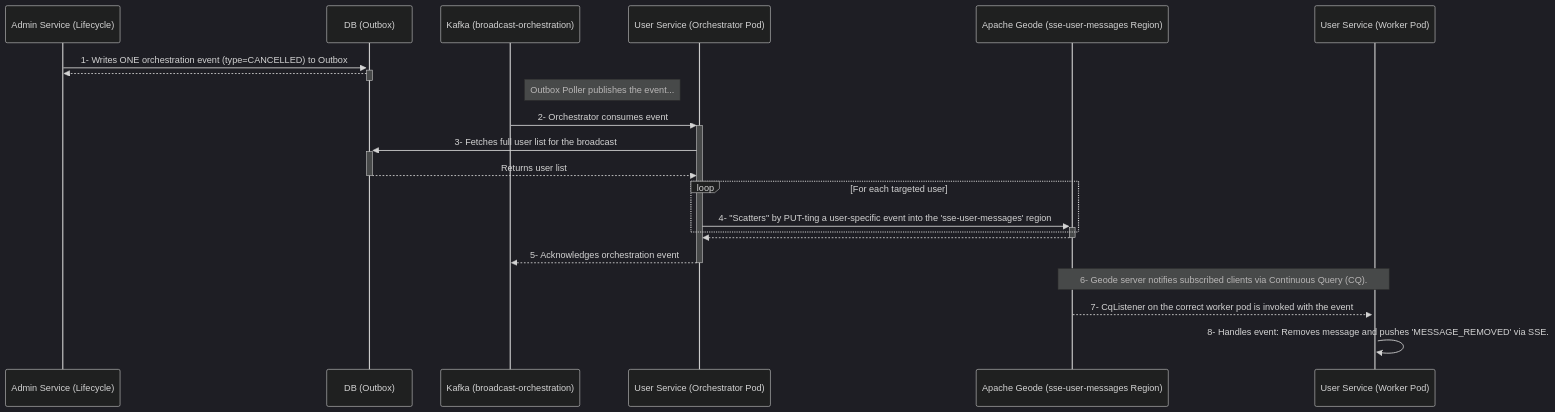
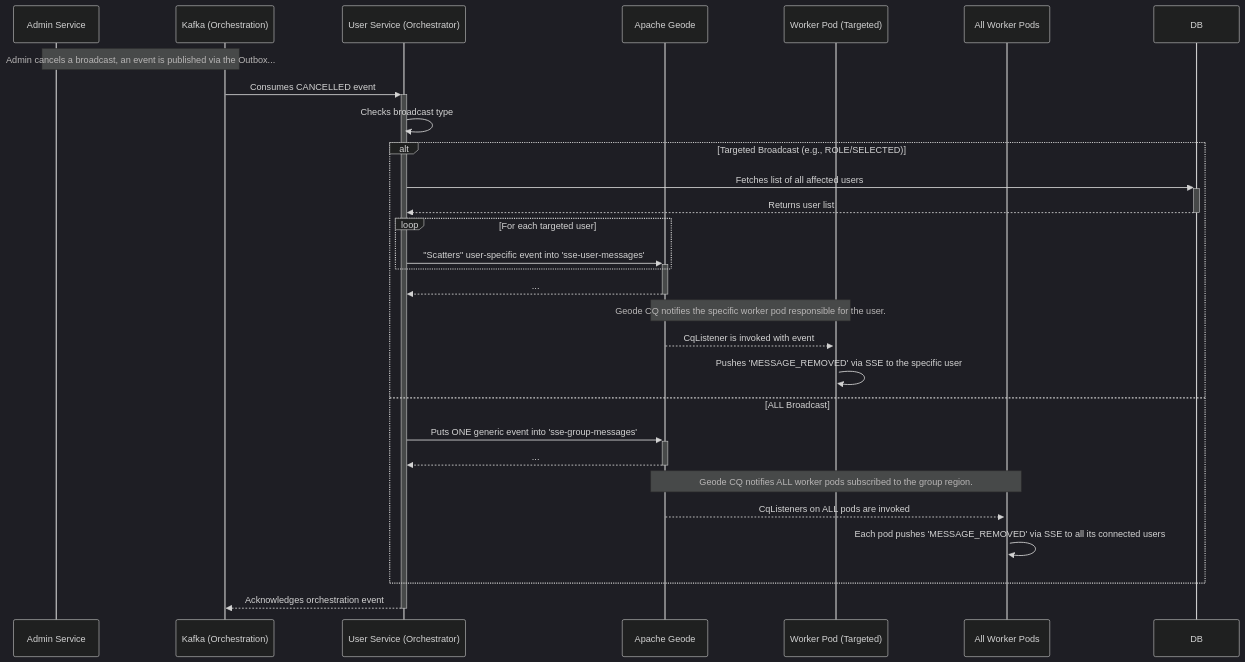
Before and after one commit to rsrini7/Notification-SSE-GLM-Flux: the diagram in MermaidDiagrams/seq-cancellation-fan-out.mmd, drawn with Mermaid (dark theme). The commit also changed 1 other file, not shown here.

Commit message:
docs(MermaidDiagrams): add flow-geode-group-broadcast-cq diagram and update seq-cancellation-fan-out
Add new diagram showing group broadcast flow via Geode CQ and update cancellation sequence diagram to clarify targeted vs all broadcast handling

```diff
--- a/MermaidDiagrams/seq-cancellation-fan-out.mmd
+++ b/MermaidDiagrams/seq-cancellation-fan-out.mmd
@@ -1,27 +1,35 @@
 sequenceDiagram
-    participant AdminSvc as Admin Service (Lifecycle)
-    participant DB as DB (Outbox)
-    participant KafkaOrchestration as Kafka (broadcast-orchestration)
-    participant Orchestrator as User Service (Orchestrator Pod)
-    participant Geode as Apache Geode (sse-user-messages Region)
-    participant Worker as User Service (Worker Pod)
+    participant AdminSvc as Admin Service
+    participant Kafka as Kafka (Orchestration)
+    participant Orchestrator as User Service (Orchestrator)
+    participant Geode as Apache Geode
+    participant TargetedWorker as Worker Pod (Targeted)
+    participant AllWorkers as All Worker Pods
 
-    AdminSvc->>+DB: 1- Writes ONE orchestration event (type=CANCELLED) to Outbox
-    DB-->>-AdminSvc: 
+    Note over AdminSvc, Kafka: Admin cancels a broadcast, an event is published via the Outbox...
 
-    Note right of KafkaOrchestration: Outbox Poller publishes the event...
+    Kafka->>+Orchestrator: Consumes CANCELLED event
+    Orchestrator->>Orchestrator: Checks broadcast type
 
-    KafkaOrchestration->>+Orchestrator: 2- Orchestrator consumes event
-    Orchestrator->>+DB: 3- Fetches full user list for the broadcast
-    DB-->>-Orchestrator: Returns user list
+    alt Targeted Broadcast (e.g., ROLE/SELECTED)
+        Orchestrator->>+DB: Fetches list of all affected users
+        DB-->>-Orchestrator: Returns user list
 
-    loop For each targeted user
-        Orchestrator->>+Geode: 4- "Scatters" by PUT-ting a user-specific event into the 'sse-user-messages' region
+        loop For each targeted user
+            Orchestrator->>+Geode: "Scatters" user-specific event into 'sse-user-messages'
+        end
+        Geode-->>-Orchestrator: ...
+
+        Note over Geode, TargetedWorker: Geode CQ notifies the specific worker pod responsible for the user.
+        Geode-->>+TargetedWorker: CqListener is invoked with event
+        TargetedWorker->>TargetedWorker: Pushes 'MESSAGE_REMOVED' via SSE to the specific user
+    else ALL Broadcast
+        Orchestrator->>+Geode: Puts ONE generic event into 'sse-group-messages'
+        Geode-->>-Orchestrator: ...
+
+        Note over Geode, AllWorkers: Geode CQ notifies ALL worker pods subscribed to the group region.
+        Geode-->>+AllWorkers: CqListeners on ALL pods are invoked
+        AllWorkers->>AllWorkers: Each pod pushes 'MESSAGE_REMOVED' via SSE to all its connected users
     end
-    Geode-->>-Orchestrator: 
-
-    Orchestrator-->>-KafkaOrchestration: 5- Acknowledges orchestration event
-
-    Note over Geode, Worker: 6- Geode server notifies subscribed clients via Continuous Query (CQ).
-    Geode-->>+Worker: 7- CqListener on the correct worker pod is invoked with the event
-    Worker->>Worker: 8- Handles event: Removes message and pushes 'MESSAGE_REMOVED' via SSE.
+    
+    Orchestrator-->>-Kafka: Acknowledges orchestration event
```
